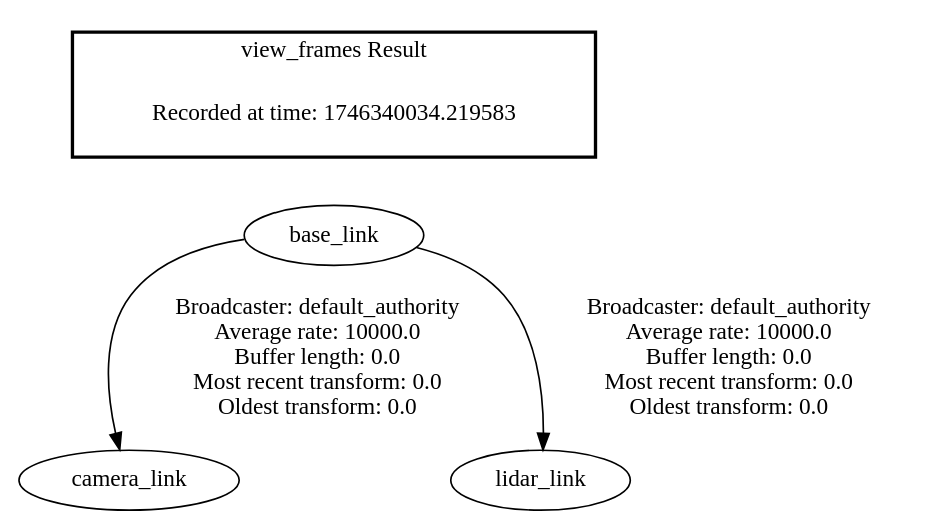
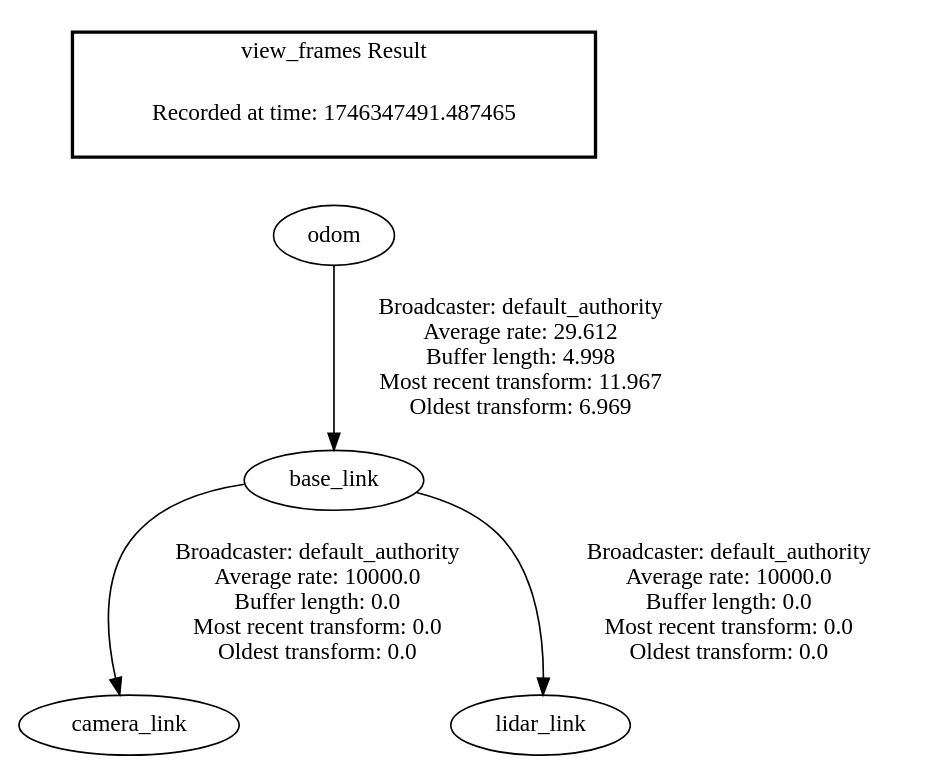
The diagram in frames.gv (fosterismyname/ros2_ws), drawn with Graphviz before and after one commit. The commit also changed 172 other files, not shown here.

```diff
--- a/frames.gv
+++ b/frames.gv
@@ -1,8 +1,9 @@
 digraph G {
+"odom" -> "base_link"[label=" Broadcaster: default_authority\nAverage rate: 29.612\nBuffer length: 4.998\nMost recent transform: 11.967\nOldest transform: 6.969\n"];
 "base_link" -> "camera_link"[label=" Broadcaster: default_authority\nAverage rate: 10000.0\nBuffer length: 0.0\nMost recent transform: 0.0\nOldest transform: 0.0\n"];
 "base_link" -> "lidar_link"[label=" Broadcaster: default_authority\nAverage rate: 10000.0\nBuffer length: 0.0\nMost recent transform: 0.0\nOldest transform: 0.0\n"];
 edge [style=invis];
  subgraph cluster_legend { style=bold; color=black; label ="view_frames Result";
-"Recorded at time: 1746340034.219583"[ shape=plaintext ] ;
-}->"base_link";
+"Recorded at time: 1746347491.487465"[ shape=plaintext ] ;
+}->"odom";
 }
```
